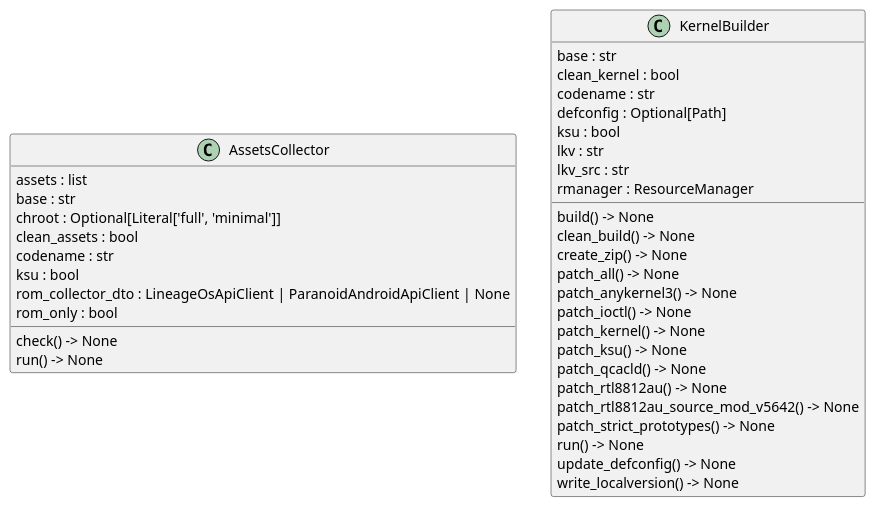
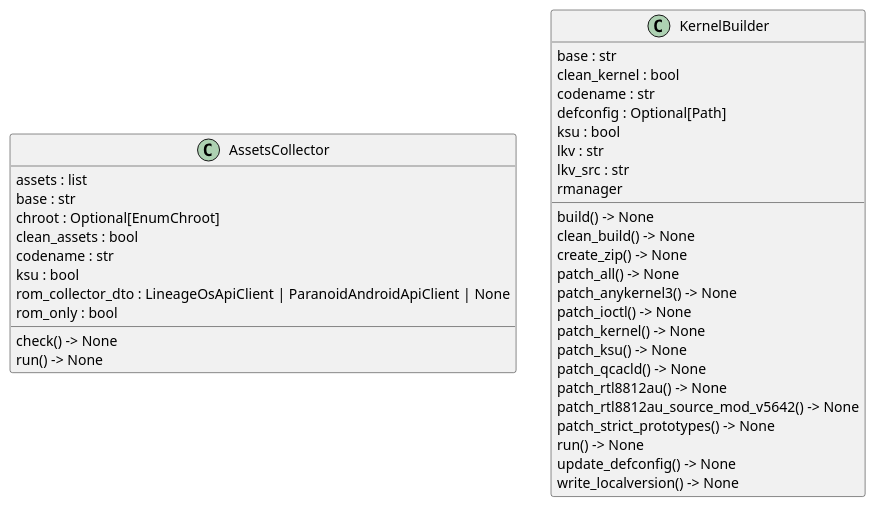
The diagram in docs/architecture/core/classes.puml (seppzer0/zero-kernel), drawn with PlantUML before and after one commit. The commit also changed 37 other files, not shown here.

```diff
--- a/docs/architecture/core/classes.puml
+++ b/docs/architecture/core/classes.puml
@@ -1,40 +1,40 @@
 @startuml classes
 set namespaceSeparator none
 class "AssetsCollector" as core.assets_collector.AssetsCollector {
   assets : list
   base : str
-  chroot : Optional[Literal['full', 'minimal']]
+  chroot : Optional[EnumChroot]
   clean_assets : bool
   codename : str
   ksu : bool
   rom_collector_dto : LineageOsApiClient | ParanoidAndroidApiClient | None
   rom_only : bool
   check() -> None
   run() -> None
 }
 class "KernelBuilder" as core.kernel_builder.KernelBuilder {
   base : str
   clean_kernel : bool
   codename : str
   defconfig : Optional[Path]
   ksu : bool
   lkv : str
   lkv_src : str
-  rmanager : ResourceManager
+  rmanager
   build() -> None
   clean_build() -> None
   create_zip() -> None
   patch_all() -> None
   patch_anykernel3() -> None
   patch_ioctl() -> None
   patch_kernel() -> None
   patch_ksu() -> None
   patch_qcacld() -> None
   patch_rtl8812au() -> None
   patch_rtl8812au_source_mod_v5642() -> None
   patch_strict_prototypes() -> None
   run() -> None
   update_defconfig() -> None
   write_localversion() -> None
 }
 @enduml
```
